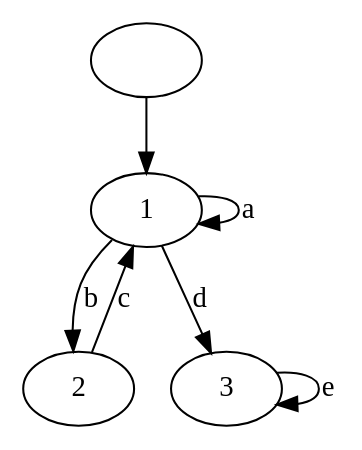
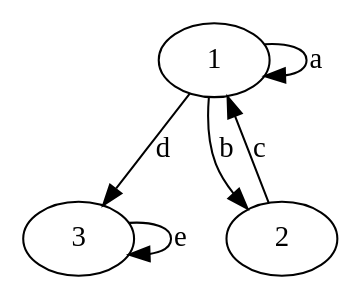
One commit to Isotactics/deciding-isotactics changed the diagram in isotactics/resources/m1.dot. Above: the diagram before and after it, drawn with Graphviz. The commit also changed 8 other files, not shown here.

First line of the commit message:
Refactoring:   * typedefs von Graph und WitnessGraph in die Namespaces reingezogen

```diff
--- a/isotactics/resources/m1.dot
+++ b/isotactics/resources/m1.dot
@@ -1,8 +1,10 @@
 digraph {
-  ""  -> 1  [label="", lowlink="0", start="1"];
+  1 [role="start"]
+  3 [role="end"]
+
   1   -> 1  [label="a", lowlink="0"];
   1   -> 2  [label="b", lowlink="0"];
   1   -> 3  [label="d", lowlink="0"];
   2   -> 1  [label="c", lowlink="0"];
   3   -> 3  [label="e", lowlink="0"];
 }
```
